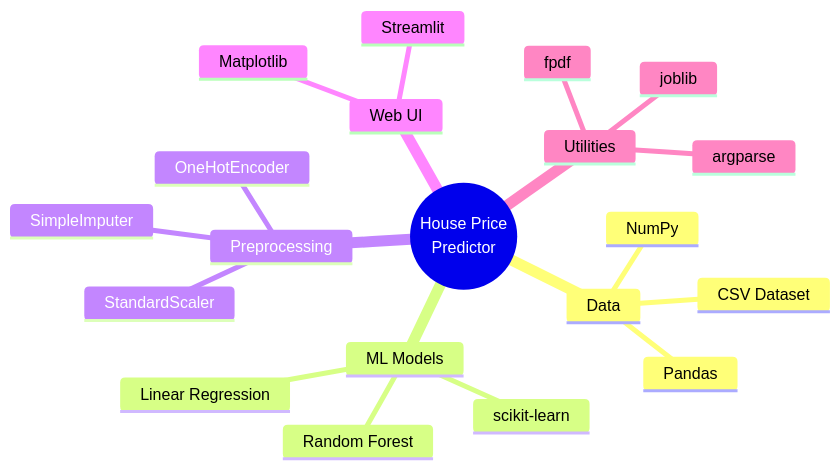
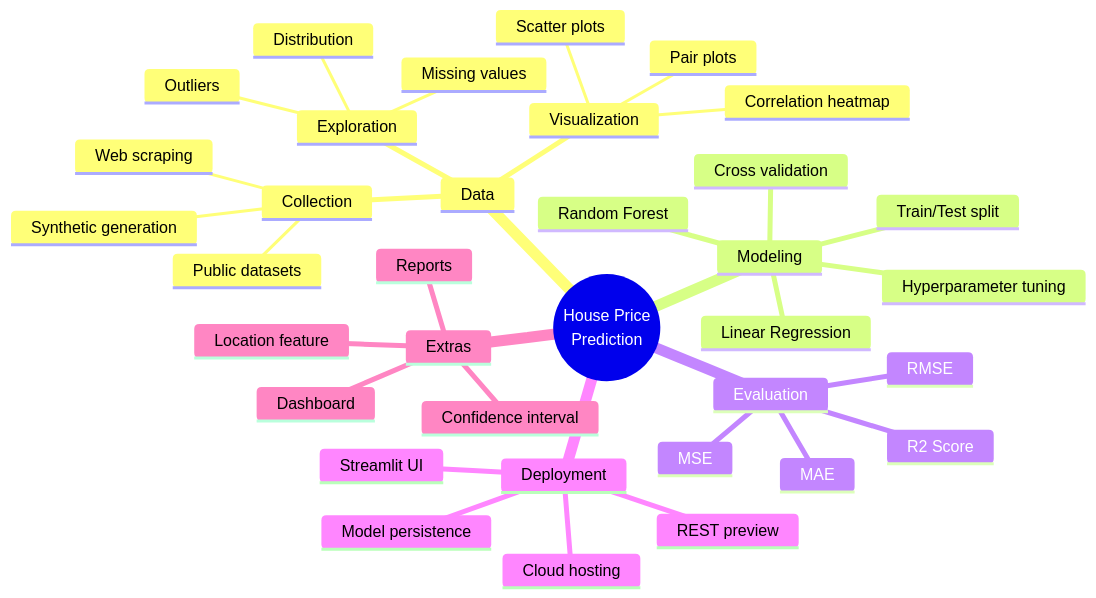
The first of 6 diagrams in README.md (Subhadip-Paul2006/house_price_predictor), drawn with Mermaid before and after one commit. The commit also changed other lines of this file and 4 other files, not shown here.

````diff
--- a/README.md
+++ b/README.md
@@ -89,23 +53,38 @@
 ```mermaid
 mindmap
-  root((House Price<br/>Predictor))
+  root((House Price<br/>Prediction))
     Data
-      Pandas
-      NumPy
-      CSV Dataset
-    ML Models
-      scikit-learn
+      Collection
+        Public datasets
+        Web scraping
+        Synthetic generation
+      Exploration
+        Missing values
+        Outliers
+        Distribution
+      Visualization
+        Scatter plots
+        Correlation heatmap
+        Pair plots
+    Modeling
       Linear Regression
       Random Forest
-    Preprocessing
-      StandardScaler
-      OneHotEncoder
-      SimpleImputer
-    Web UI
-      Streamlit
-      Matplotlib
-    Utilities
-      joblib
-      fpdf
-      argparse
+      Train/Test split
+      Cross validation
+      Hyperparameter tuning
+    Evaluation
+      MAE
+      MSE
+      RMSE
+      R2 Score
+    Deployment
+      Streamlit UI
+      Model persistence
+      REST preview
+      Cloud hosting
+    Extras
+      Location feature
+      Confidence interval
+      Reports
+      Dashboard
 ```
````
